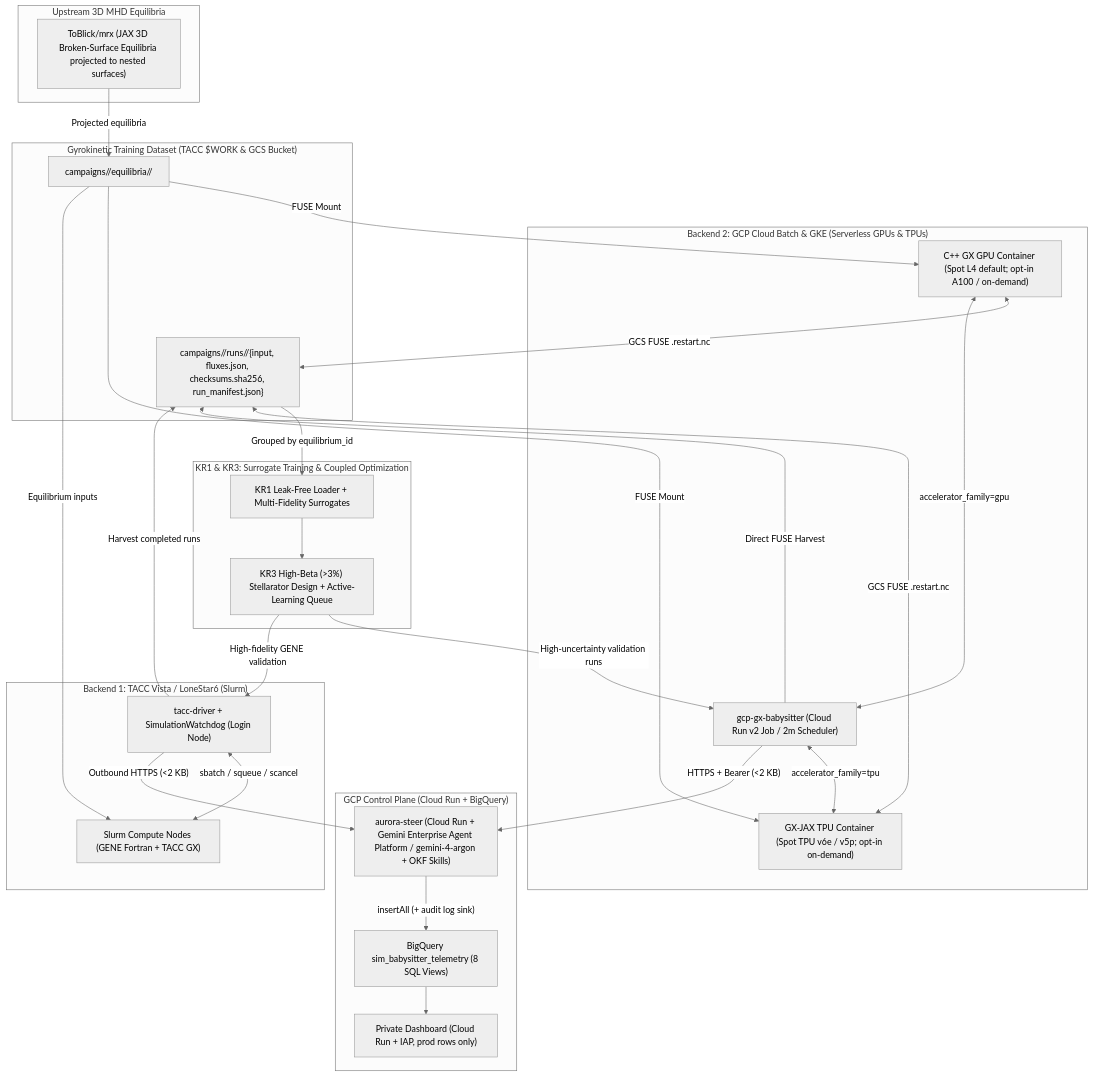
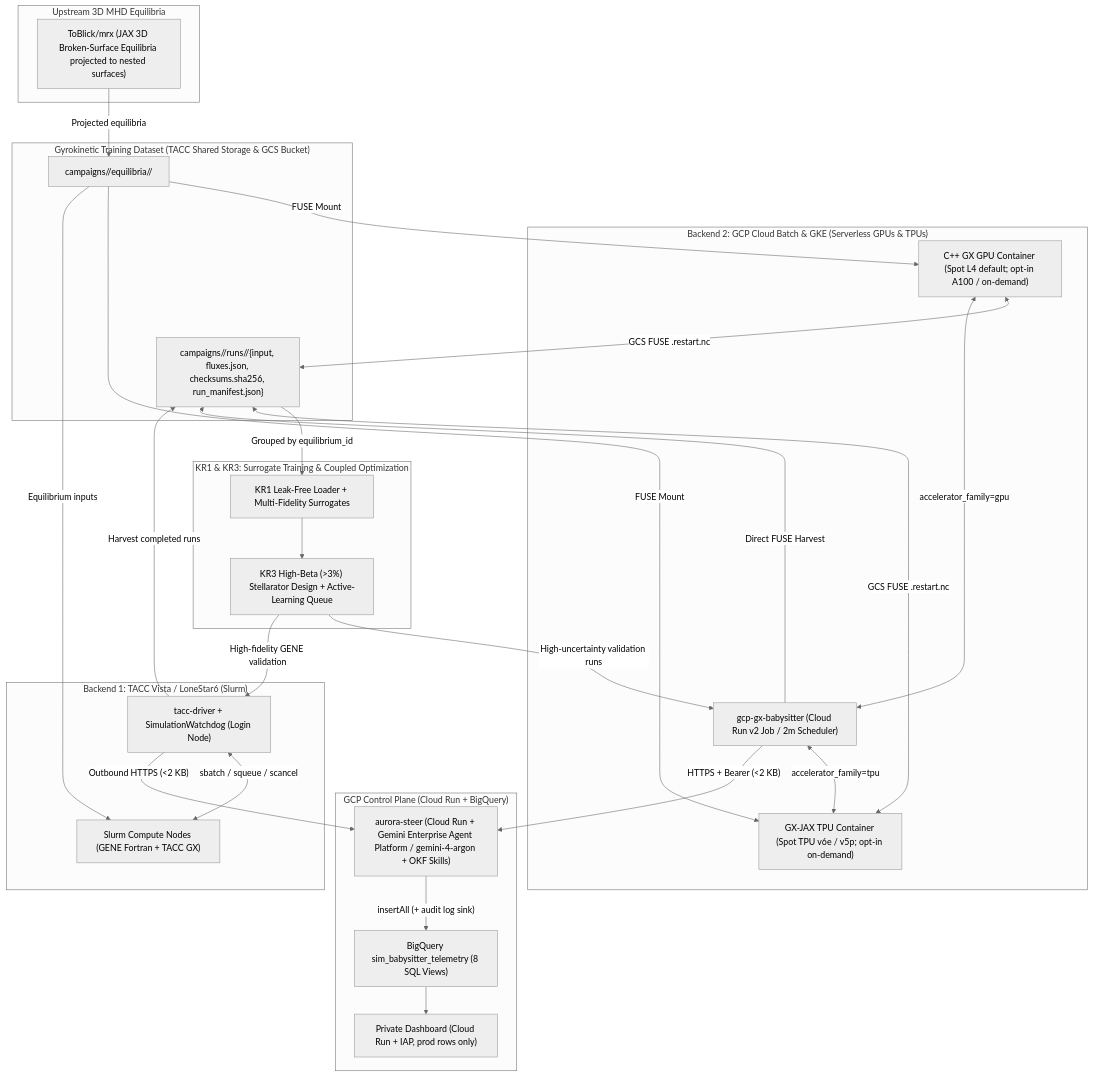
Before and after one commit to jburby88/GoogleAcceleratorAutomatedGKSimulations: the first of 2 diagrams in docs/architecture.md, drawn with Mermaid (neutral theme). The commit also changed other lines of this file and 5 other files, not shown here.

Commit message:
Make TACC storage docs path-agnostic

````diff
--- a/docs/architecture.md
+++ b/docs/architecture.md
@@ -10,53 +10,53 @@
 ```mermaid
 flowchart TD
     subgraph EQ["Upstream 3D MHD Equilibria"]
         MRX["ToBlick/mrx (JAX 3D Broken-Surface Equilibria projected to nested surfaces)"]
     end
 
     subgraph GCP_CTRL["GCP Control Plane (Cloud Run + BigQuery)"]
         STEER["aurora-steer (Cloud Run + Gemini Enterprise Agent Platform / gemini-4-argon + OKF Skills)"]
         BQ["BigQuery sim_babysitter_telemetry (8 SQL Views)"]
         DASH["Private Dashboard (Cloud Run + IAP, prod rows only)"]
         STEER -->|"insertAll (+ audit log sink)"| BQ
         BQ --> DASH
     end
 
     subgraph TACC["Backend 1: TACC Vista / LoneStar6 (Slurm)"]
         TD["tacc-driver + SimulationWatchdog (Login Node)"]
         SLURM["Slurm Compute Nodes (GENE Fortran + TACC GX)"]
         TD <-->|"sbatch / squeue / scancel"| SLURM
     end
 
     subgraph BATCH["Backend 2: GCP Cloud Batch & GKE (Serverless GPUs & TPUs)"]
         GB["gcp-gx-babysitter (Cloud Run v2 Job / 2m Scheduler)"]
         CB_GPU["C++ GX GPU Container (Spot L4 default; opt-in A100 / on-demand)"]
         CB_TPU["GX-JAX TPU Container (Spot TPU v6e / v5p; opt-in on-demand)"]
         GB <-->|"accelerator_family=gpu"| CB_GPU
         GB <-->|"accelerator_family=tpu"| CB_TPU
     end
 
-    subgraph DATA["Gyrokinetic Training Dataset (TACC $WORK & GCS Bucket)"]
+    subgraph DATA["Gyrokinetic Training Dataset (TACC Shared Storage & GCS Bucket)"]
         GCS_EQ["campaigns/<id>/equilibria/<equilibrium_id>/"]
         GCS_RUNS["campaigns/<id>/runs/<run_id>/{input, fluxes.json, checksums.sha256, run_manifest.json}"]
     end
 
     subgraph ML_OPT["KR1 & KR3: Surrogate Training & Coupled Optimization"]
         KR1["KR1 Leak-Free Loader + Multi-Fidelity Surrogates"]
         KR3["KR3 High-Beta (>3%) Stellarator Design + Active-Learning Queue"]
         KR1 --> KR3
     end
 
     MRX -->|"Projected equilibria"| GCS_EQ
     GCS_EQ -->|"FUSE Mount"| CB_GPU
     GCS_EQ -->|"FUSE Mount"| CB_TPU
     GCS_EQ -->|"Equilibrium inputs"| SLURM
     TD -->|"Outbound HTTPS (<2 KB)"| STEER
     GB -->|"HTTPS + Bearer (<2 KB)"| STEER
     TD -->|"Harvest completed runs"| GCS_RUNS
     CB_GPU <-->|"GCS FUSE .restart.nc"| GCS_RUNS
     CB_TPU <-->|"GCS FUSE .restart.nc"| GCS_RUNS
     GB -->|"Direct FUSE Harvest"| GCS_RUNS
     GCS_RUNS -->|"Grouped by equilibrium_id"| KR1
     KR3 -->|"High-uncertainty validation runs"| GB
     KR3 -->|"High-fidelity GENE validation"| TD
 ```
````
